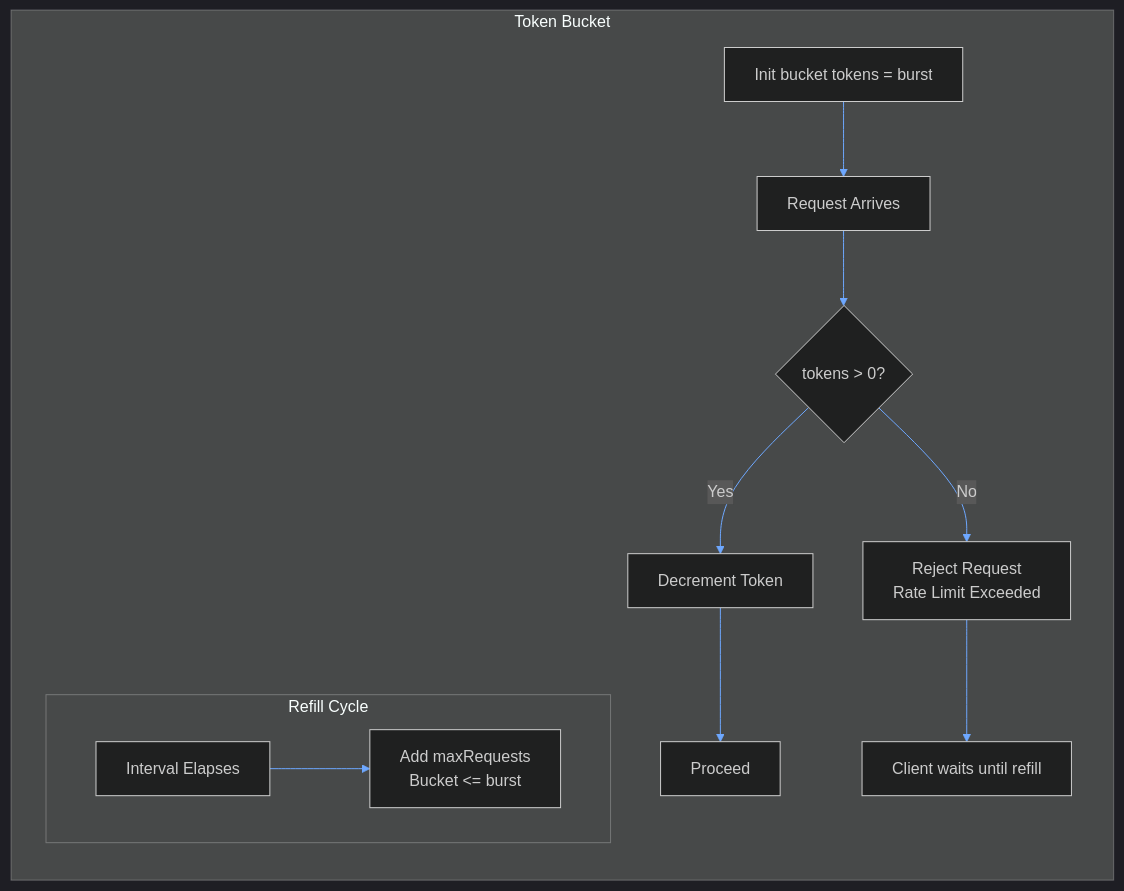
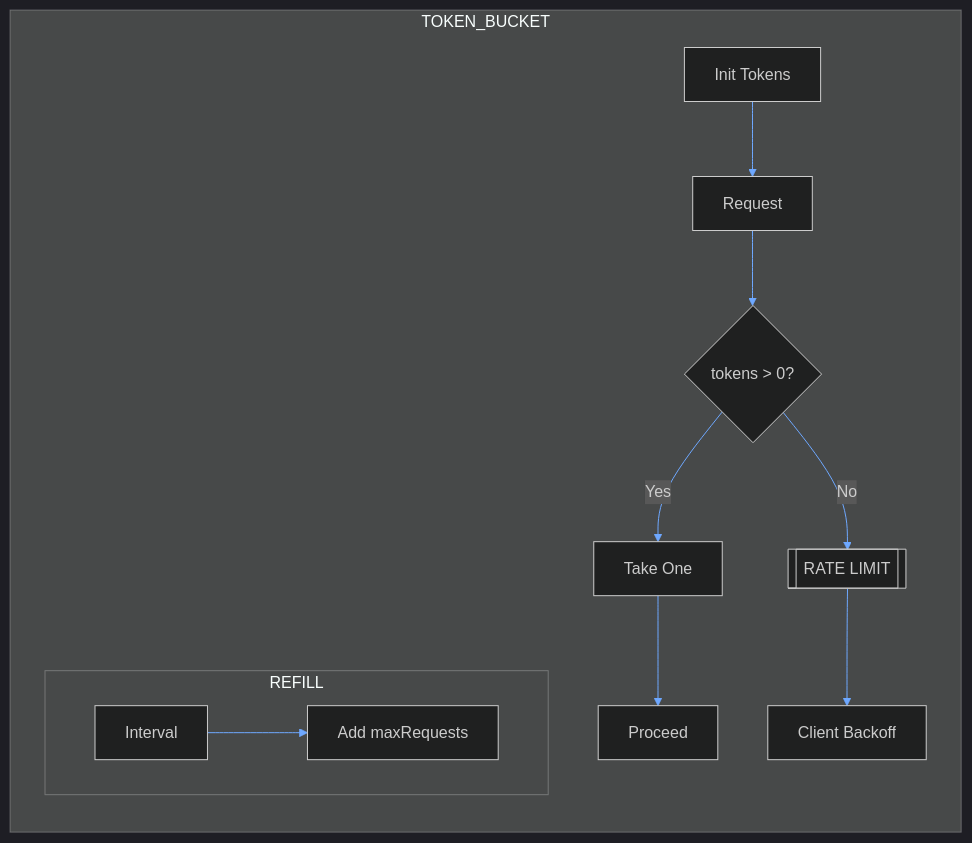
The fourth of 10 diagrams in docs/ARCHITECTURE.md (jagilber-org/powershell-mcp-server), drawn with Mermaid before and after one commit. The commit also changed other lines of this file, not shown here.

Commit message:
docs(architecture): fix Mermaid render errors (JSON init + simplified nodes)

````diff
--- a/docs/ARCHITECTURE.md
+++ b/docs/ARCHITECTURE.md
@@ -149,15 +149,15 @@
 ```mermaid
-%%{init: {'theme':'dark','themeVariables': { 'primaryColor': '#1e2730','primaryTextColor':'#e6f1ff','primaryBorderColor':'#c9d1d9','lineColor':'#6ea8ff','secondaryColor':'#2a3542','tertiaryColor':'#16202a'}}}%%
+%%{init: {"theme":"dark","themeVariables": {"primaryColor": "#1e2730","primaryTextColor":"#e6f1ff","primaryBorderColor":"#c9d1d9","lineColor":"#6ea8ff","secondaryColor":"#2a3542","tertiaryColor":"#16202a"}}}%%
 flowchart LR
-    subgraph Token Bucket
-        START[Init bucket tokens = burst] --> USE[Request Arrives]
+    subgraph TOKEN_BUCKET
+        START[Init Tokens] --> USE[Request]
         USE --> CHECK{tokens > 0?}
-    CHECK -->|No| DENY[Reject Request<br/>Rate Limit Exceeded]
-        CHECK -->|Yes| CONSUME[Decrement Token]
+        CHECK -->|No| DENY[[RATE LIMIT]]
+        CHECK -->|Yes| CONSUME[Take One]
         CONSUME --> ALLOW[Proceed]
-        DENY --> WAIT[Client waits until refill]
-        subgraph Refill Cycle
-            TIME[Interval Elapses] --> REFILL[Add maxRequests<br/>Bucket <= burst]
+        DENY --> WAIT[Client Backoff]
+        subgraph REFILL
+            TICK[Interval] --> REFILLSTEP[Add maxRequests]
         end
     end
 ```
````
